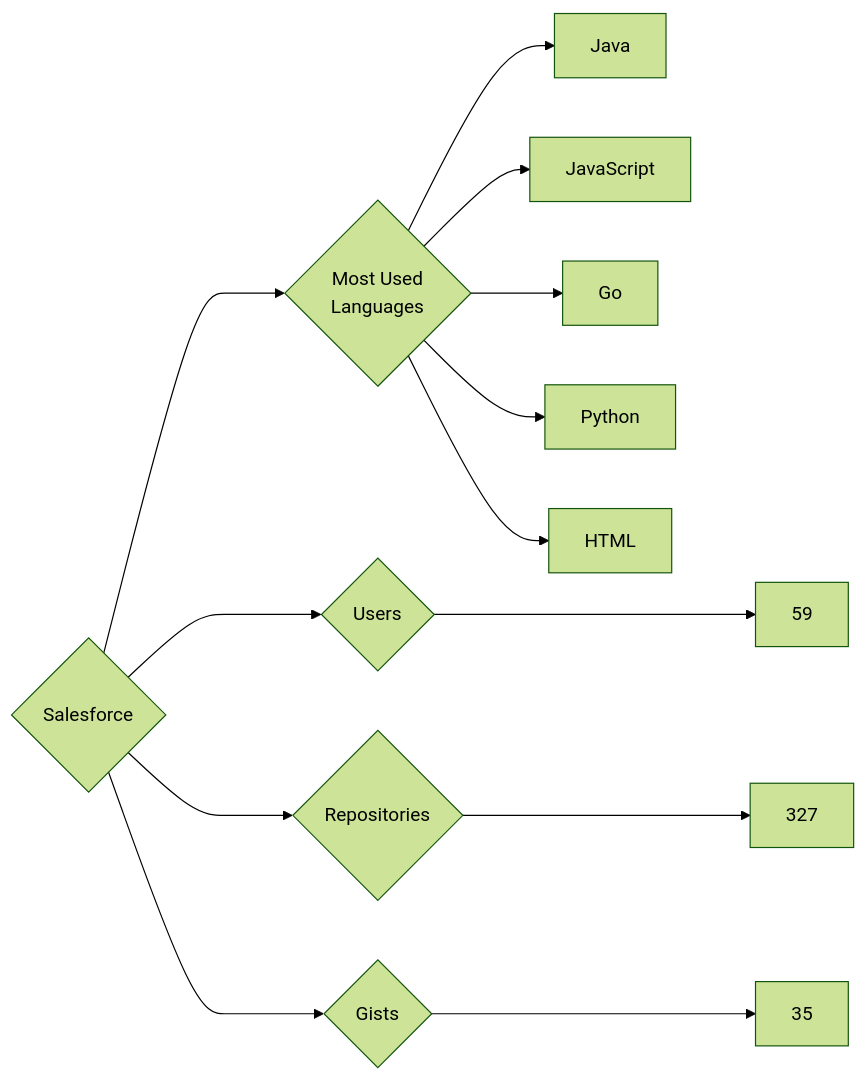
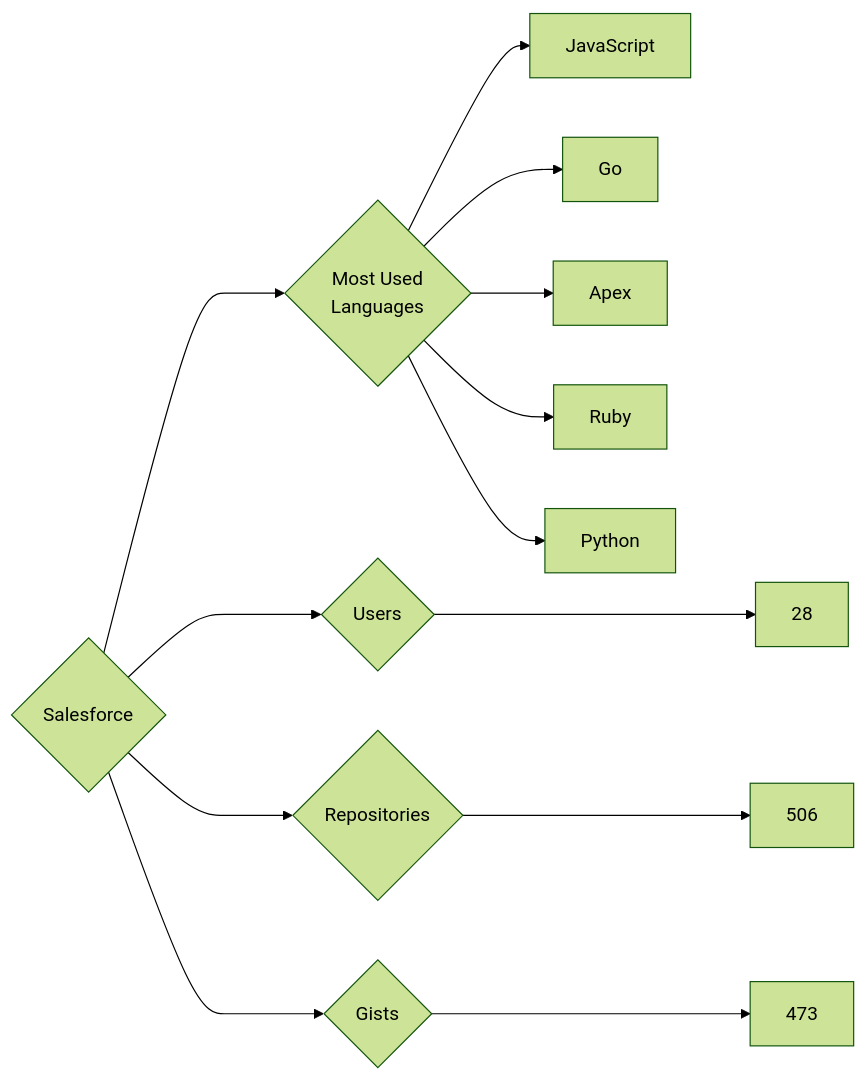
The diagram in targets/Salesforce/README.md (trickest/insiders), drawn with Mermaid (forest theme) before and after one commit. The commit also changed 877 other files, not shown here.

````diff
--- a/targets/Salesforce/README.md
+++ b/targets/Salesforce/README.md
@@ -3,13 +3,13 @@
 ```mermaid
 graph LR
 COMPANY_NAME{Salesforce}
-COMPANY_NAME ---> U{Users} ---> UN[59]
-COMPANY_NAME ---> R{Repositories} ---> RN[327]
-COMPANY_NAME ---> G{Gists} ---> GN[35]
+COMPANY_NAME ---> U{Users} ---> UN[28]
+COMPANY_NAME ---> R{Repositories} ---> RN[506]
+COMPANY_NAME ---> G{Gists} ---> GN[473]
 COMPANY_NAME ---> ML{Most Used<br>Languages}
-ML --> Java[Java]
 ML --> JavaScript[JavaScript]
 ML --> Go[Go]
+ML --> Apex[Apex]
+ML --> Ruby[Ruby]
 ML --> Python[Python]
-ML --> HTML[HTML]
 ```
````
